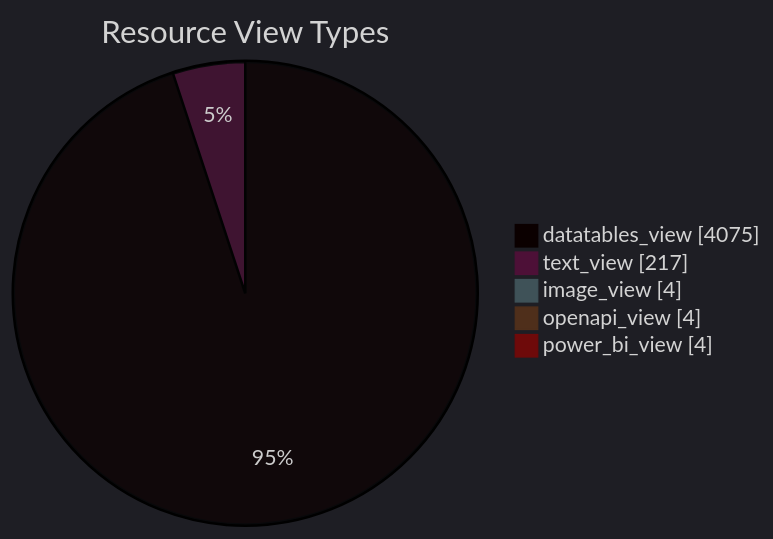
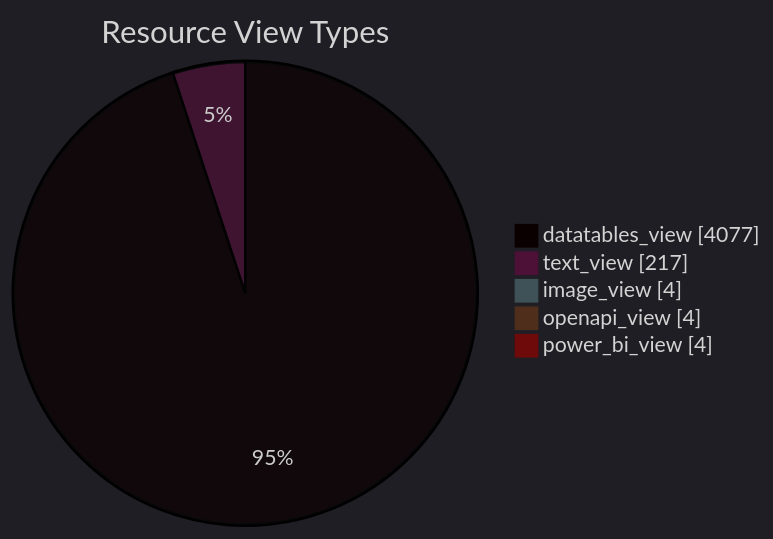
The diagram in datastore_tracker/resource_view_types_pie_chart.md (open-data/analytics-corporate-reporting), drawn with Mermaid before and after one commit. The commit also changed 9 other files, not shown here.

````diff
--- a/datastore_tracker/resource_view_types_pie_chart.md
+++ b/datastore_tracker/resource_view_types_pie_chart.md
@@ -2,12 +2,12 @@
 ```mermaid
 ---
 config:
   theme: dark
 ---
 pie showData title Resource View Types
-    "datatables_view": 4075
+    "datatables_view": 4077
     "text_view": 217
     "image_view": 4
     "openapi_view": 4
     "power_bi_view": 4
 ```
````
